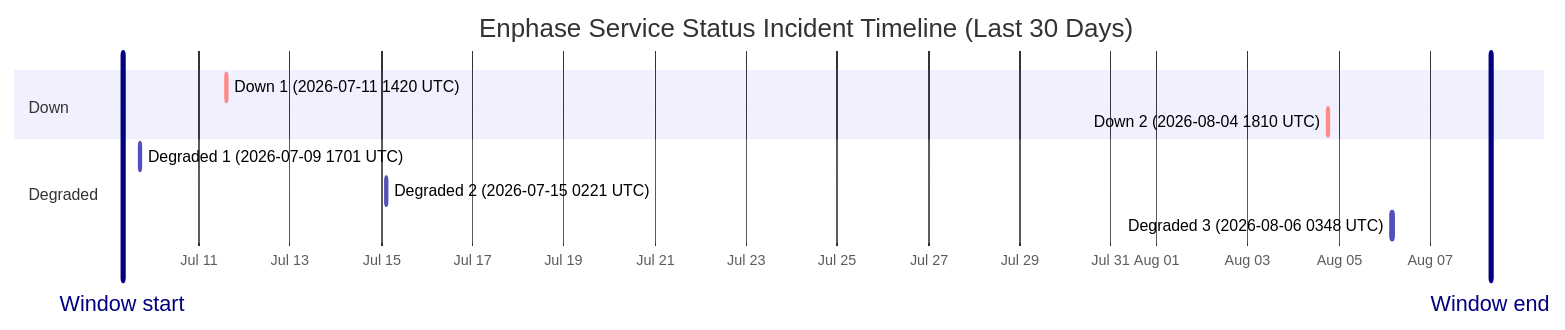
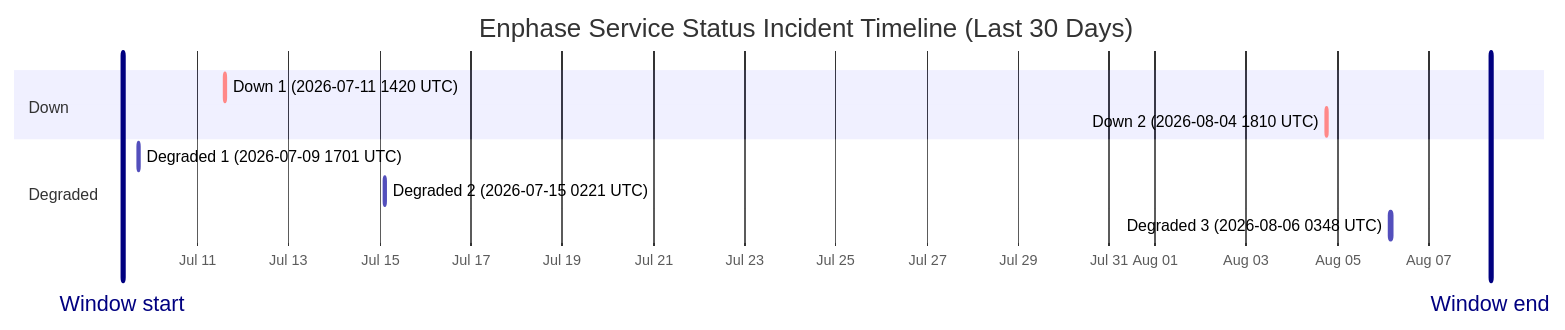
One commit to barneyonline/ha-enphase-energy changed the diagram in wiki/Service-Status-History.md. Above: the diagram before and after it, drawn with Mermaid. The commit also changed other lines of this file and 3 other files, not shown here.

````diff
--- a/wiki/Service-Status-History.md
+++ b/wiki/Service-Status-History.md
@@ -14,15 +14,15 @@
 ```mermaid
 gantt
     title Enphase Service Status Incident Timeline (Last 30 Days)
     dateFormat  YYYY-MM-DDTHH:mm:ss
     axisFormat  %b %d
-    Window start :vert, window-start, 2026-07-09T07:47:42, 0ms
-    Window end :vert, window-end, 2026-08-08T07:47:42, 0ms
+    Window start :vert, window-start, 2026-07-09T08:37:59, 0ms
+    Window end :vert, window-end, 2026-08-08T08:37:59, 0ms
     section Down
     Down 1 (2026-07-11 1420 UTC) :crit, down-1, 2026-07-11T14:20:54, 69m
     Down 2 (2026-08-04 1810 UTC) :crit, down-2, 2026-08-04T18:10:46, 60m
     section Degraded
     Degraded 1 (2026-07-09 1701 UTC) :active, degraded-1, 2026-07-09T17:01:02, 60m
     Degraded 2 (2026-07-15 0221 UTC) :active, degraded-2, 2026-07-15T02:21:35, 60m
     Degraded 3 (2026-08-06 0348 UTC) :active, degraded-3, 2026-08-06T03:48:14, 60m
 ```
````
